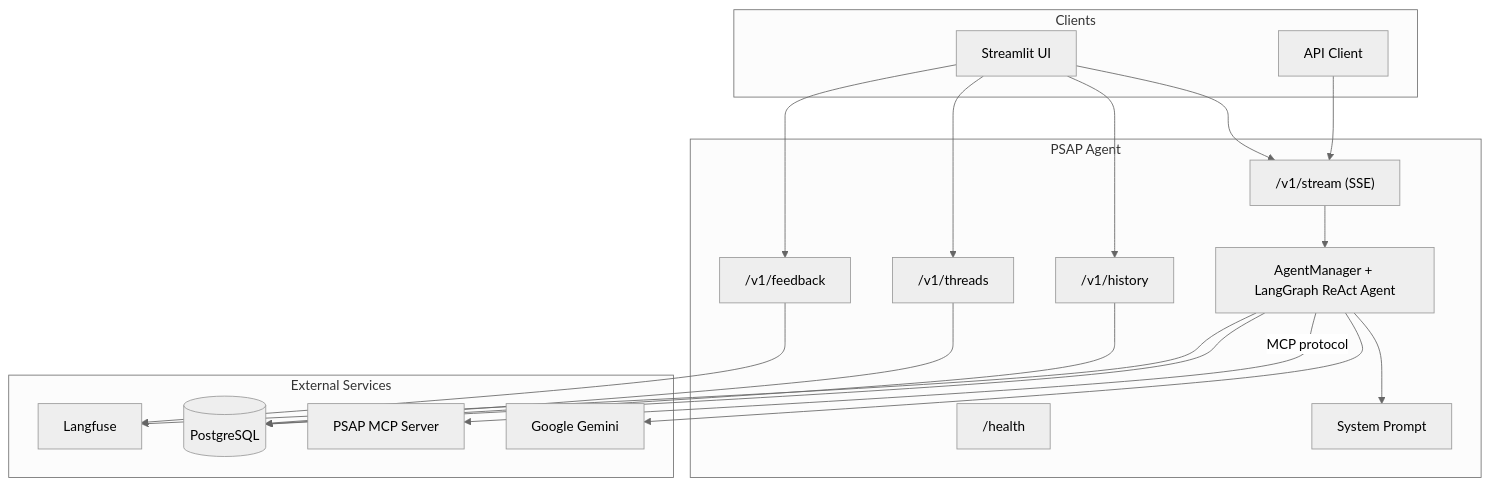
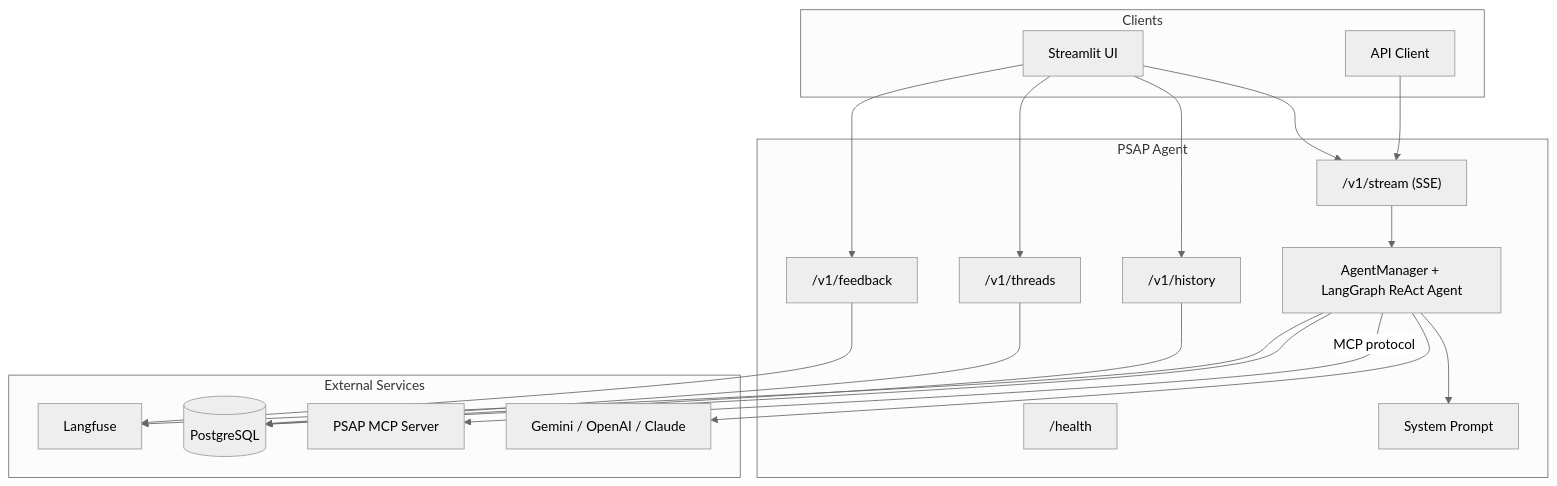
One commit to openshift-psap/Performance-Analysis-Agent changed the diagram in psap-agent/README.md. Above: the diagram before and after it, drawn with Mermaid (neutral theme). The commit also changed other lines of this file and 50 other files, not shown here.

````diff
--- a/psap-agent/README.md
+++ b/psap-agent/README.md
@@ -10,38 +10,38 @@
 ```mermaid
 graph TB
     subgraph clients [Clients]
         UI[Streamlit UI]
         API[API Client]
     end
 
     subgraph agent [PSAP Agent]
         Stream["/v1/stream (SSE)"]
         History["/v1/history"]
         Threads["/v1/threads"]
         Feedback["/v1/feedback"]
         Health["/health"]
         Core[AgentManager + LangGraph ReAct Agent]
         Prompt[System Prompt]
     end
 
     subgraph external [External Services]
         MCP[PSAP MCP Server]
-        Gemini[Google Gemini]
+        LLMs[Gemini / OpenAI / Claude]
         PG[(PostgreSQL)]
         LF[Langfuse]
     end
 
     UI --> Stream
     API --> Stream
     UI --> History & Threads & Feedback
 
     Stream --> Core
     Core --> Prompt
-    Core --> Gemini
+    Core --> LLMs
     Core -->|MCP protocol| MCP
     Core --> PG
     Core --> LF
     Feedback --> LF
     History --> PG
     Threads --> PG
 ```
````
